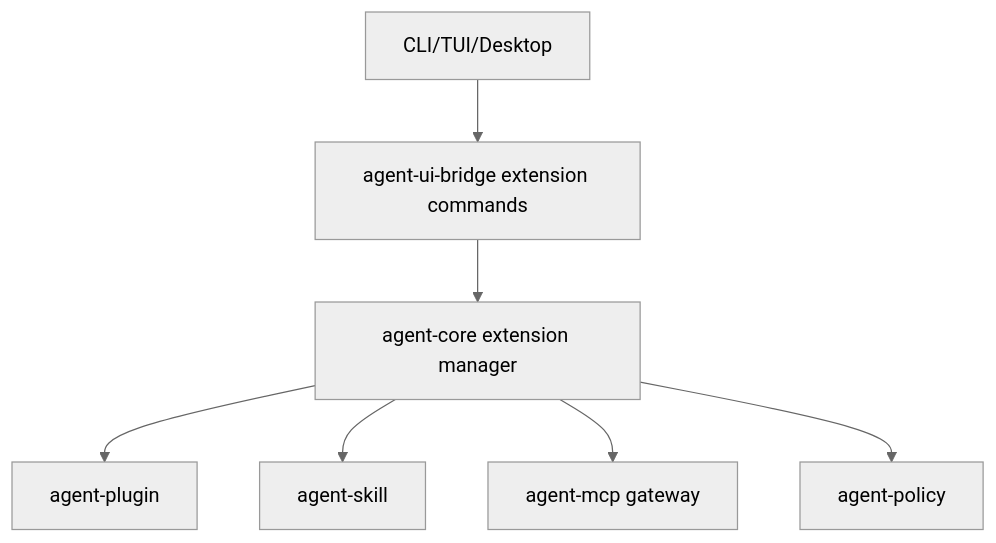
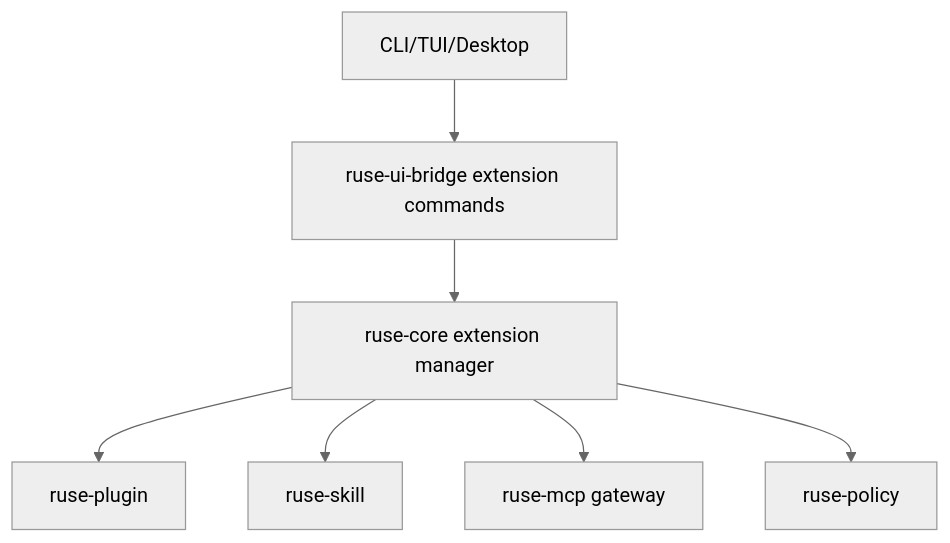
Before and after one commit to poneding/agent: the diagram in docs/specs/M22-extension-ux-mcp-gateway.spec.md, drawn with Mermaid (neutral theme). The commit also changed other lines of this file and 2091 other files, not shown here.

First line of the commit message:
refactor: rename agent branding to ruse

````diff
--- a/docs/specs/M22-extension-ux-mcp-gateway.spec.md
+++ b/docs/specs/M22-extension-ux-mcp-gateway.spec.md
@@ -33,9 +33,9 @@
 ```mermaid
 flowchart TD
-  UI["CLI/TUI/Desktop"] --> Bridge["agent-ui-bridge extension commands"]
-  Bridge --> Core["agent-core extension manager"]
-  Core --> Plugin["agent-plugin"]
-  Core --> Skill["agent-skill"]
-  Core --> MCP["agent-mcp gateway"]
-  Core --> Policy["agent-policy"]
+  UI["CLI/TUI/Desktop"] --> Bridge["ruse-ui-bridge extension commands"]
+  Bridge --> Core["ruse-core extension manager"]
+  Core --> Plugin["ruse-plugin"]
+  Core --> Skill["ruse-skill"]
+  Core --> MCP["ruse-mcp gateway"]
+  Core --> Policy["ruse-policy"]
 ```
````
